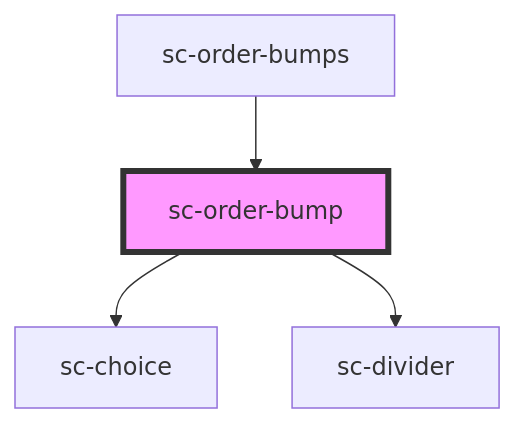
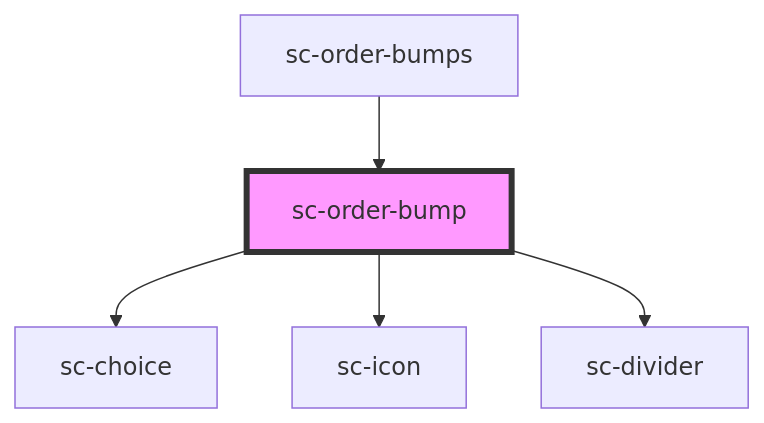
The diagram in packages/components/src/components/controllers/checkout-form/sc-order-bump/readme.md (surecart/surecart-wp-plugin), drawn with Mermaid before and after one commit. The commit also changed other lines of this file and 11 other files, not shown here.

First line of the commit message:
feat: replace checkbox with rounded plus/check button on checkout order bump

````diff
--- a/packages/components/src/components/controllers/checkout-form/sc-order-bump/readme.md
+++ b/packages/components/src/components/controllers/checkout-form/sc-order-bump/readme.md
@@ -36,7 +36,8 @@
 ```mermaid
 graph TD;
   sc-order-bump --> sc-choice
+  sc-order-bump --> sc-icon
   sc-order-bump --> sc-divider
   sc-order-bumps --> sc-order-bump
   style sc-order-bump fill:#f9f,stroke:#333,stroke-width:4px
 ```
````
